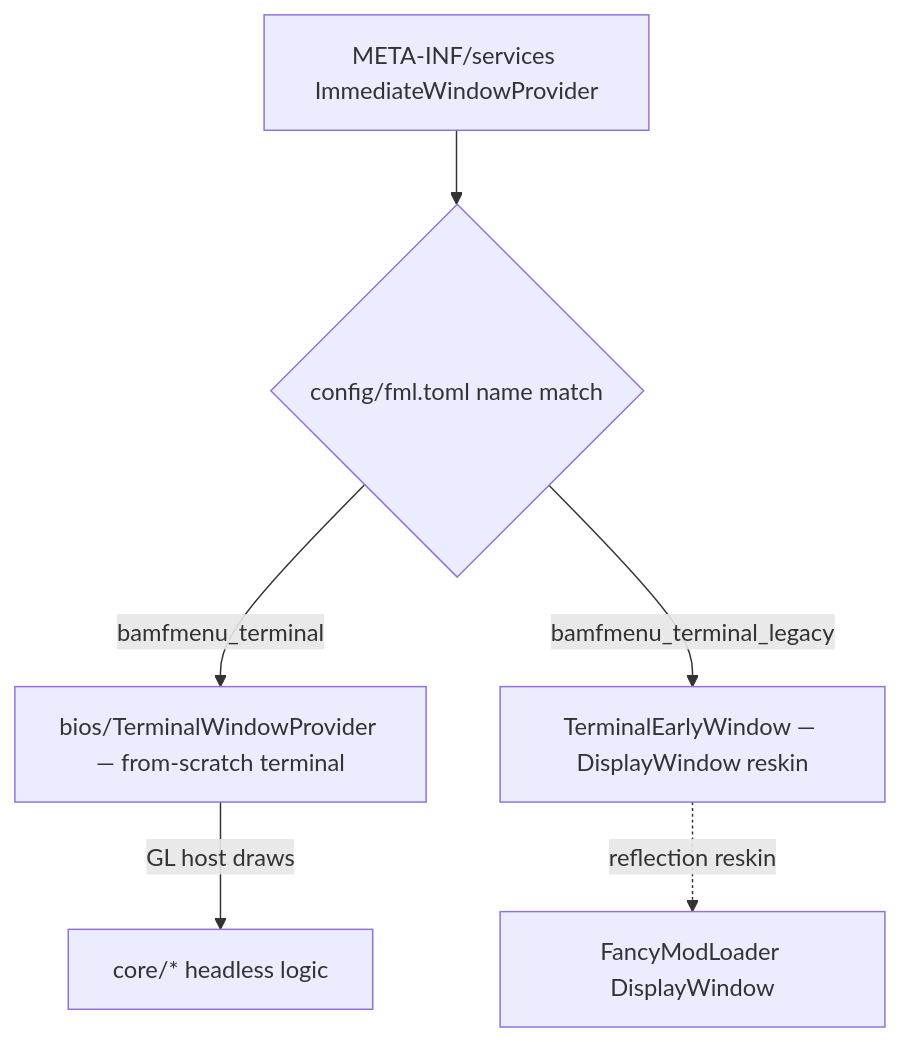
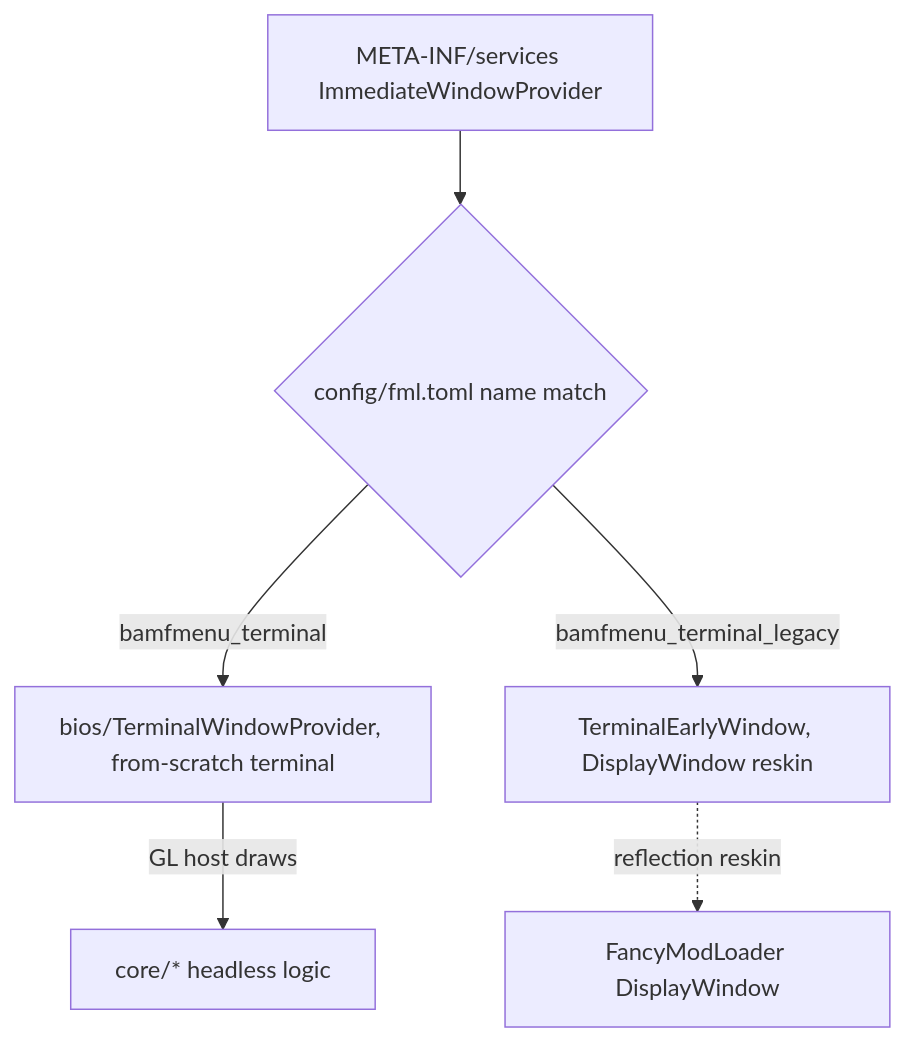
The diagram in earlywindow/src/main/java/com/retro/bamfmenu/early/README.md (SixxHands/bamfmenu), drawn with Mermaid before and after one commit. The commit also changed other lines of this file and 256 other files, not shown here.

````diff
--- a/earlywindow/src/main/java/com/retro/bamfmenu/early/README.md
+++ b/earlywindow/src/main/java/com/retro/bamfmenu/early/README.md
@@ -44,8 +43,8 @@
 ```mermaid
 graph TD
     SPI[META-INF/services ImmediateWindowProvider] --> Sel{config/fml.toml name match}
-    Sel -->|bamfmenu_terminal| Real[bios/TerminalWindowProvider — from-scratch terminal]
-    Sel -->|bamfmenu_terminal_legacy| Legacy[TerminalEarlyWindow — DisplayWindow reskin]
+    Sel -->|bamfmenu_terminal| Real[bios/TerminalWindowProvider, from-scratch terminal]
+    Sel -->|bamfmenu_terminal_legacy| Legacy[TerminalEarlyWindow, DisplayWindow reskin]
     Real -->|GL host draws| Core[core/* headless logic]
     Legacy -.reflection reskin.-> FML[FancyModLoader DisplayWindow]
 ```
````
